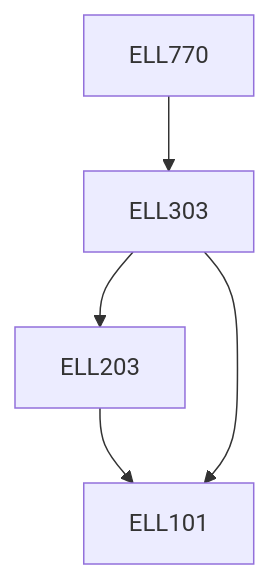
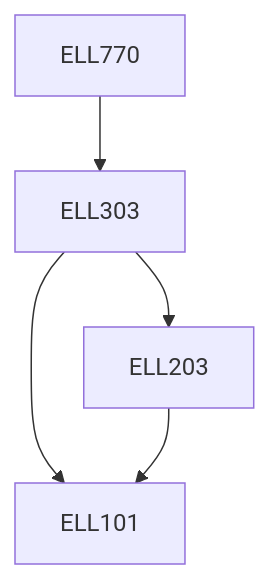
One commit to KeshavBansal0122/CoS_Website changed the diagram in content/Electrical Engineering/ELL770.md. Above: the diagram before and after it, drawn with Mermaid. The commit also changed other lines of this file and 2662 other files, not shown here.

````diff
--- a/content/Electrical Engineering/ELL770.md
+++ b/content/Electrical Engineering/ELL770.md
@@ -13,11 +13,11 @@
 ```mermaid
 flowchart TD
 ELL770-371[ELL770]
+ELL303-371 --> ELL203-371[ELL203]
+ELL303-371 --> ELL101-371[ELL101]
 ELL203-371 --> ELL101-371[ELL101]
 ELL770-371 --> ELL303-371[ELL303]
-ELL303-371 --> ELL101-371[ELL101]
-ELL303-371 --> ELL203-371[ELL203]
 
 classDef empty height:17px, fill:transparent, stroke:transparent;
 classDef trueEmpty height:0px, width:0px;
 ```
````
